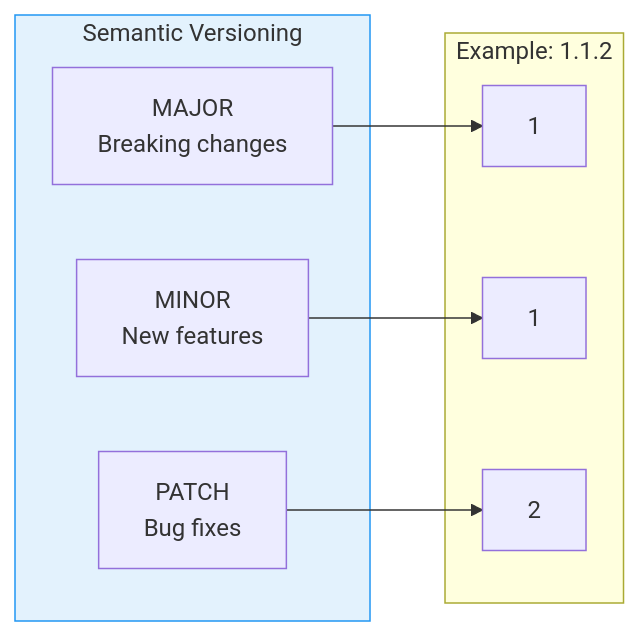
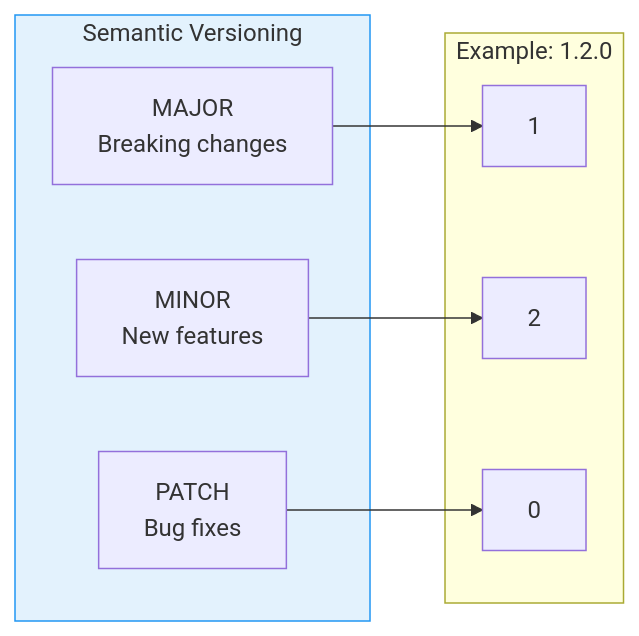
Before and after one commit to telemetryflow/telemetryflow-overview: diagram 16 of 19 in mcp/GIT-WORKFLOW.md, drawn with Mermaid. The commit also changed other lines of this file and 68 other files, not shown here.

````diff
--- a/mcp/GIT-WORKFLOW.md
+++ b/mcp/GIT-WORKFLOW.md
@@ -497,20 +497,20 @@
 ```mermaid
 flowchart LR
     subgraph SemVer["Semantic Versioning"]
         MAJOR["MAJOR<br/>Breaking changes"]
         MINOR["MINOR<br/>New features"]
         PATCH["PATCH<br/>Bug fixes"]
     end
 
-    subgraph Example["Example: 1.1.2"]
+    subgraph Example["Example: 1.2.0"]
         M["1"]
-        N["1"]
-        P["2"]
+        N["2"]
+        P["0"]
     end
 
     MAJOR --> M
     MINOR --> N
     PATCH --> P
 
     style SemVer fill:#e3f2fd,stroke:#2196f3
 ```
````
